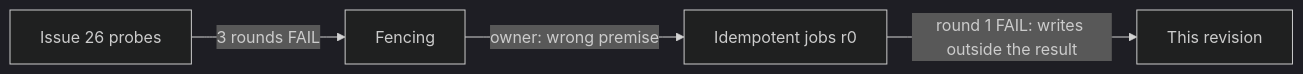
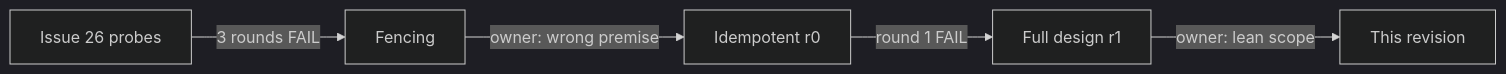
The fourth of 4 diagrams in docs/central-idempotent-jobs.md (mcurcio/photo-wall), drawn with Mermaid (dark theme) before and after one commit. The commit also changed other lines of this file and 5 other files, not shown here.

First line of the commit message:
docs(design): idempotent jobs — lean scope for owner review; frozen bead pages

````diff
--- a/docs/central-idempotent-jobs.md
+++ b/docs/central-idempotent-jobs.md
@@ -297,6 +227,7 @@
 ```mermaid
 graph LR
   P["Issue 26 probes"] -- "3 rounds FAIL" --> F["Fencing"]
-  F -- "owner: wrong premise" --> R0["Idempotent jobs r0"]
-  R0 -- "round 1 FAIL: writes outside the result" --> R1["This revision"]
+  F -- "owner: wrong premise" --> R0["Idempotent r0"]
+  R0 -- "round 1 FAIL" --> R1["Full design r1"]
+  R1 -- "owner: lean scope" --> L["This revision"]
 ```
````
